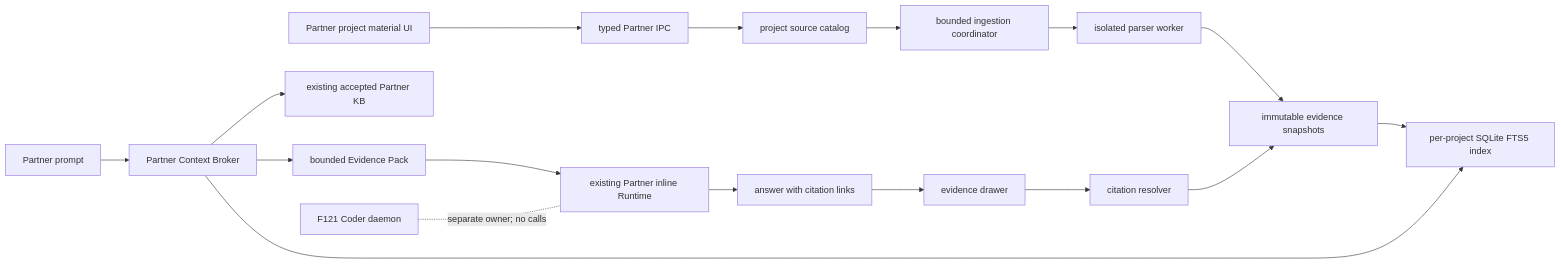
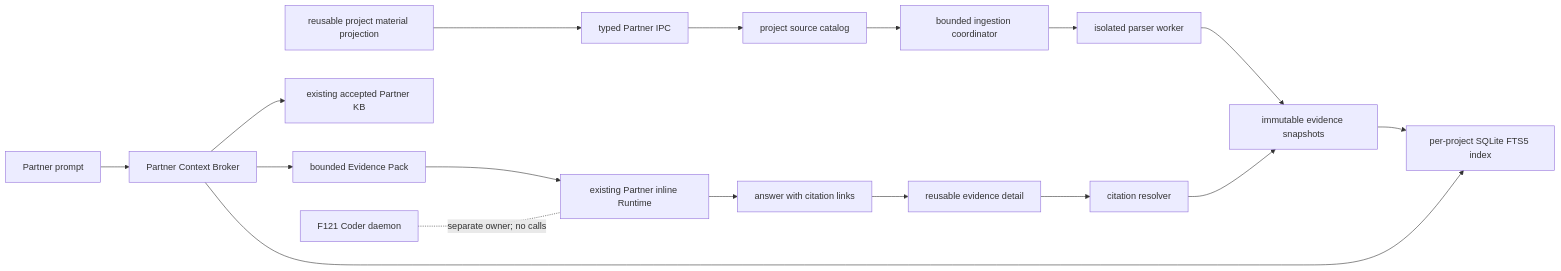
Before and after one commit to icetomoyo/KodaX-Space: the diagram in docs/features/v0.1.32-partner-knowledge-implementation-plan.md, drawn with Mermaid. The commit also changed other lines of this file and 16 other files, not shown here.

````diff
--- a/docs/features/v0.1.32-partner-knowledge-implementation-plan.md
+++ b/docs/features/v0.1.32-partner-knowledge-implementation-plan.md
@@ -27,21 +28,21 @@
 ```mermaid
 flowchart LR
-    UI["Partner project material UI"] --> IPC["typed Partner IPC"]
+    UI["reusable project material projection"] --> IPC["typed Partner IPC"]
     IPC --> Catalog["project source catalog"]
     Catalog --> Ingest["bounded ingestion coordinator"]
     Ingest --> Worker["isolated parser worker"]
     Worker --> Snapshot["immutable evidence snapshots"]
     Snapshot --> Index["per-project SQLite FTS5 index"]
 
     Prompt["Partner prompt"] --> Broker["Partner Context Broker"]
     Broker --> Index
     Broker --> KB["existing accepted Partner KB"]
     Broker --> Pack["bounded Evidence Pack"]
     Pack --> Inline["existing Partner inline Runtime"]
     Inline --> Answer["answer with citation links"]
-    Answer --> Drawer["evidence drawer"]
-    Drawer --> Resolver["citation resolver"]
+    Answer --> Detail["reusable evidence detail"]
+    Detail --> Resolver["citation resolver"]
     Resolver --> Snapshot
 
     Coder["F121 Coder daemon"] -. "separate owner; no calls" .- Inline
 ```
````
